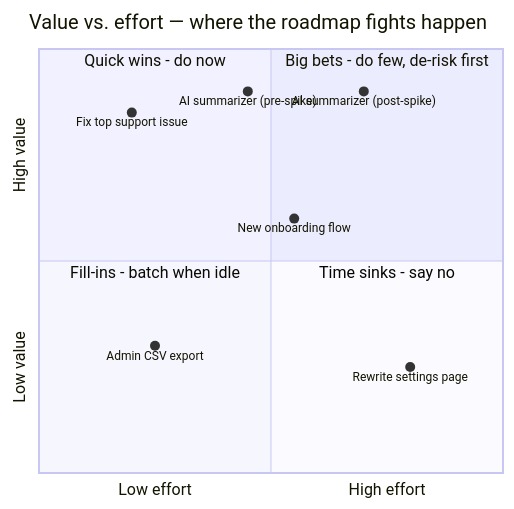
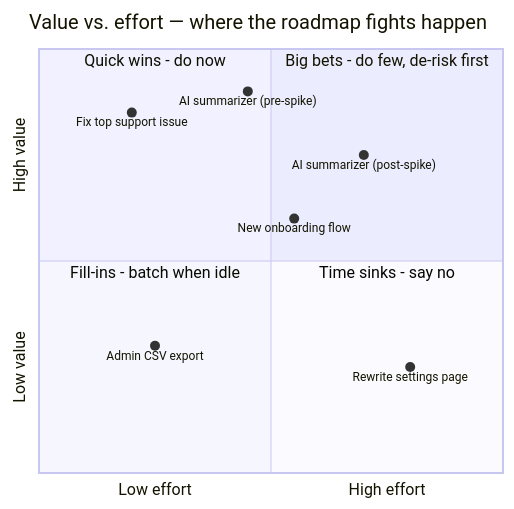
The diagram in technical-product-management/prioritization-and-roadmaps.md (aakashagg123/gatsby), drawn with Mermaid before and after one commit. The commit also changed other lines of this file and 9 other files, not shown here.

````diff
--- a/technical-product-management/prioritization-and-roadmaps.md
+++ b/technical-product-management/prioritization-and-roadmaps.md
@@ -51,16 +53,16 @@
 ```mermaid
 quadrantChart
     title Value vs. effort — where the roadmap fights happen
     x-axis Low effort --> High effort
     y-axis Low value --> High value
     quadrant-1 Big bets - do few, de-risk first
     quadrant-2 Quick wins - do now
     quadrant-3 Fill-ins - batch when idle
     quadrant-4 Time sinks - say no
     "Fix top support issue": [0.2, 0.85]
-    "AI summarizer (post-spike)": [0.7, 0.9]
+    "AI summarizer (post-spike)": [0.7, 0.75]
     "AI summarizer (pre-spike)": [0.45, 0.9]
     "New onboarding flow": [0.55, 0.6]
     "Admin CSV export": [0.25, 0.3]
     "Rewrite settings page": [0.8, 0.25]
 ```
````
